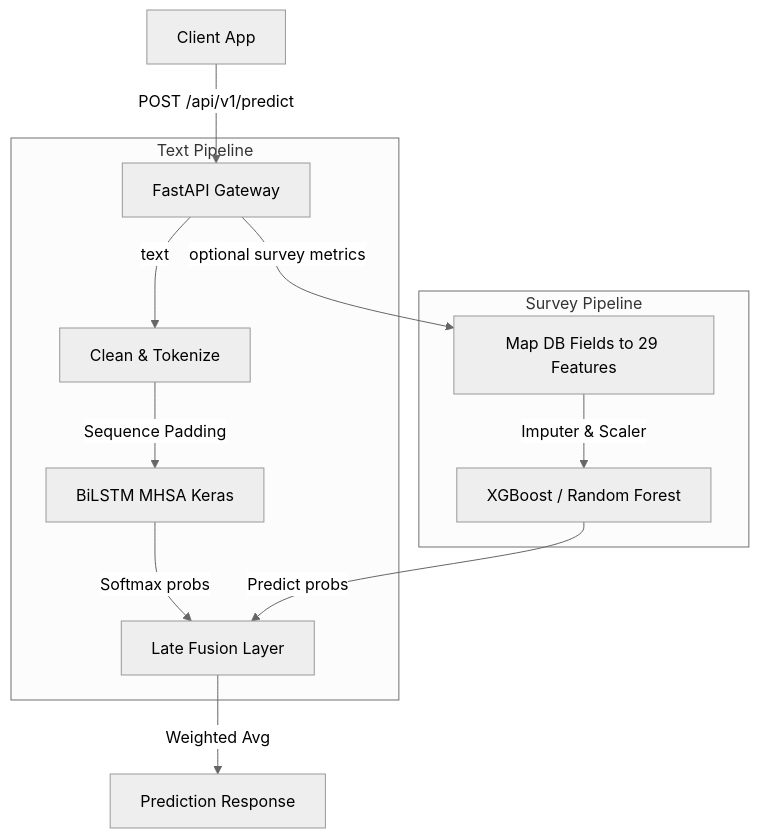
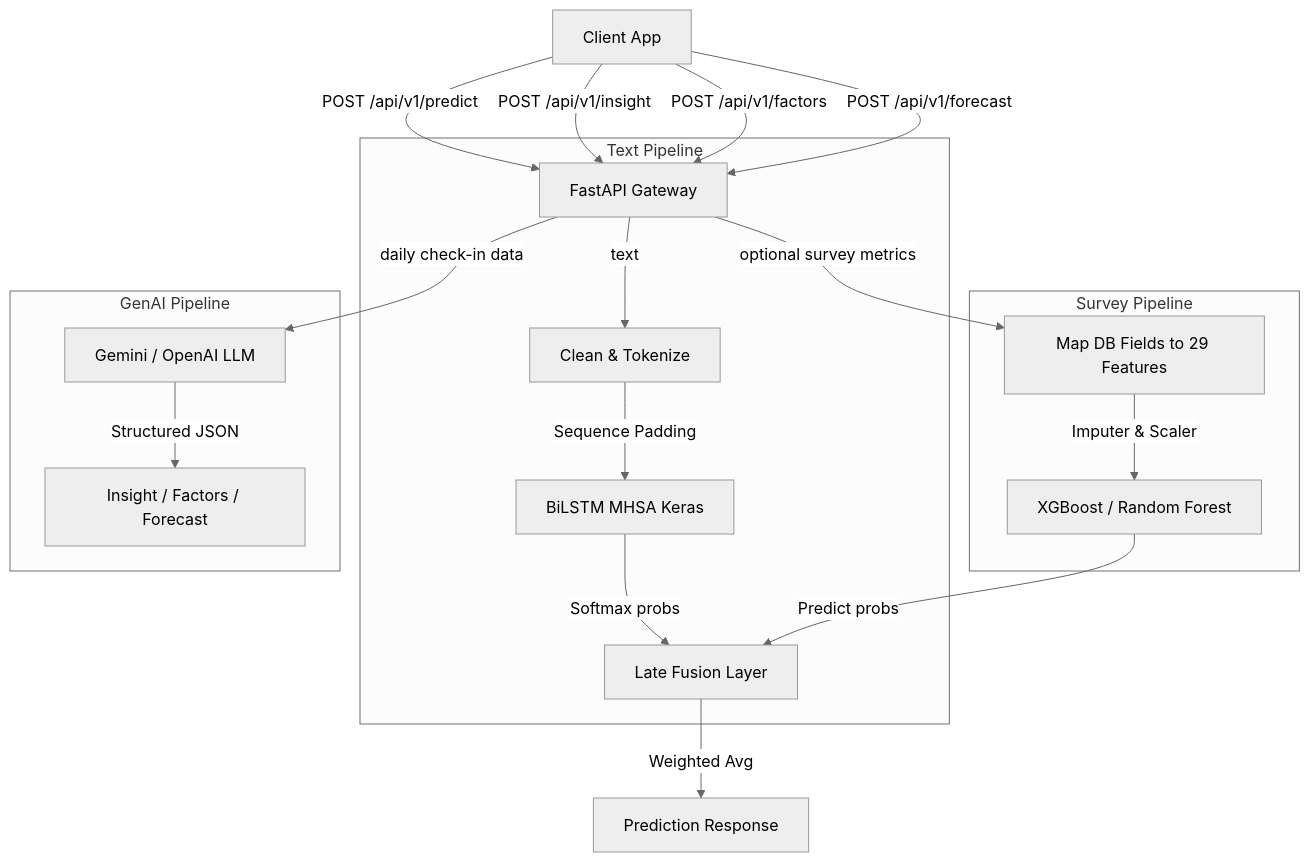
Before and after one commit to MoodSenseTeam/moodsense-ml-api: the diagram in README.md, drawn with Mermaid (neutral theme). The commit also changed other lines of this file and 2 other files, not shown here.

````diff
--- a/README.md
+++ b/README.md
@@ -12,18 +13,26 @@
 ```mermaid
 graph TD
     Client[Client App] -->|POST /api/v1/predict| API[FastAPI Gateway]
-    
+    Client -->|POST /api/v1/insight| API
+    Client -->|POST /api/v1/factors| API
+    Client -->|POST /api/v1/forecast| API
+
     subgraph Text Pipeline
         API -->|text| Pre1[Clean & Tokenize]
         Pre1 -->|Sequence Padding| Model1[BiLSTM MHSA Keras]
         Model1 -->|Softmax probs| Fusion[Late Fusion Layer]
     end
 
     subgraph Survey Pipeline
         API -->|optional survey metrics| Pre2[Map DB Fields to 29 Features]
         Pre2 -->|Imputer & Scaler| Model2[XGBoost / Random Forest]
         Model2 -->|Predict probs| Fusion
     end
 
+    subgraph GenAI Pipeline
+        API -->|daily check-in data| LLM[Gemini / OpenAI LLM]
+        LLM -->|Structured JSON| GenOut[Insight / Factors / Forecast]
+    end
+
     Fusion -->|Weighted Avg| Output[Prediction Response]
 ```
````
